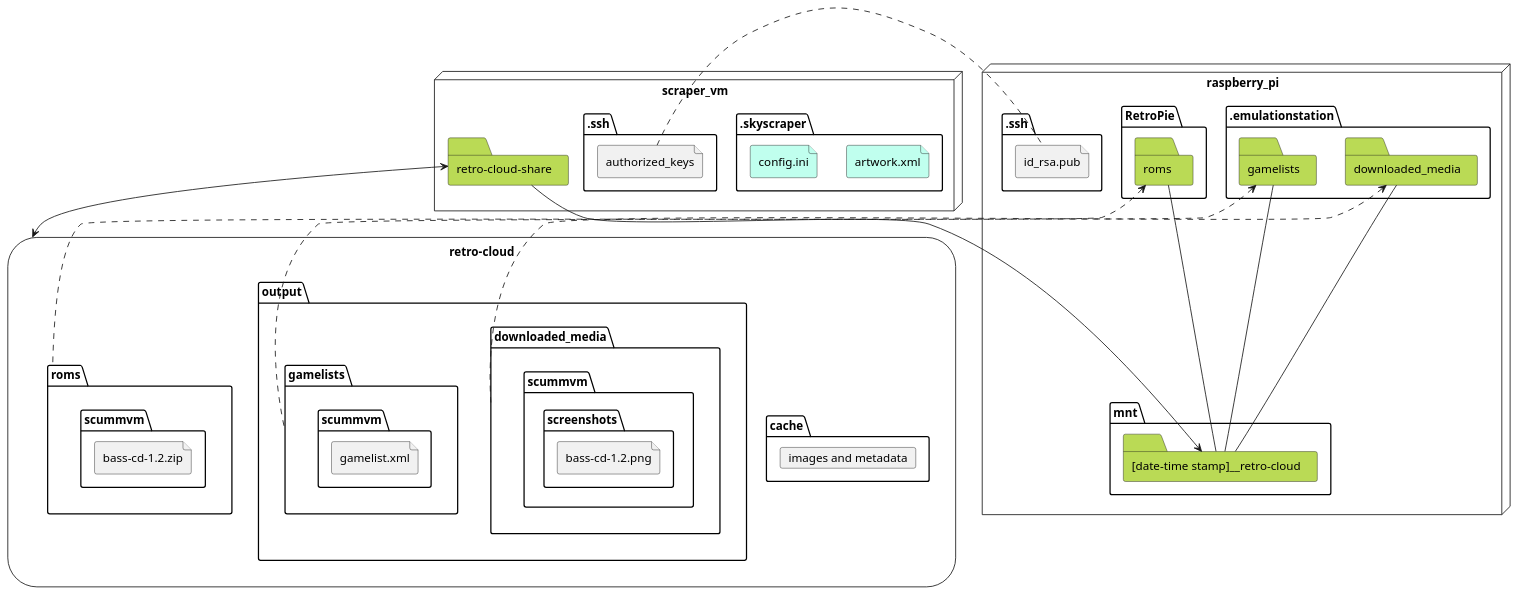
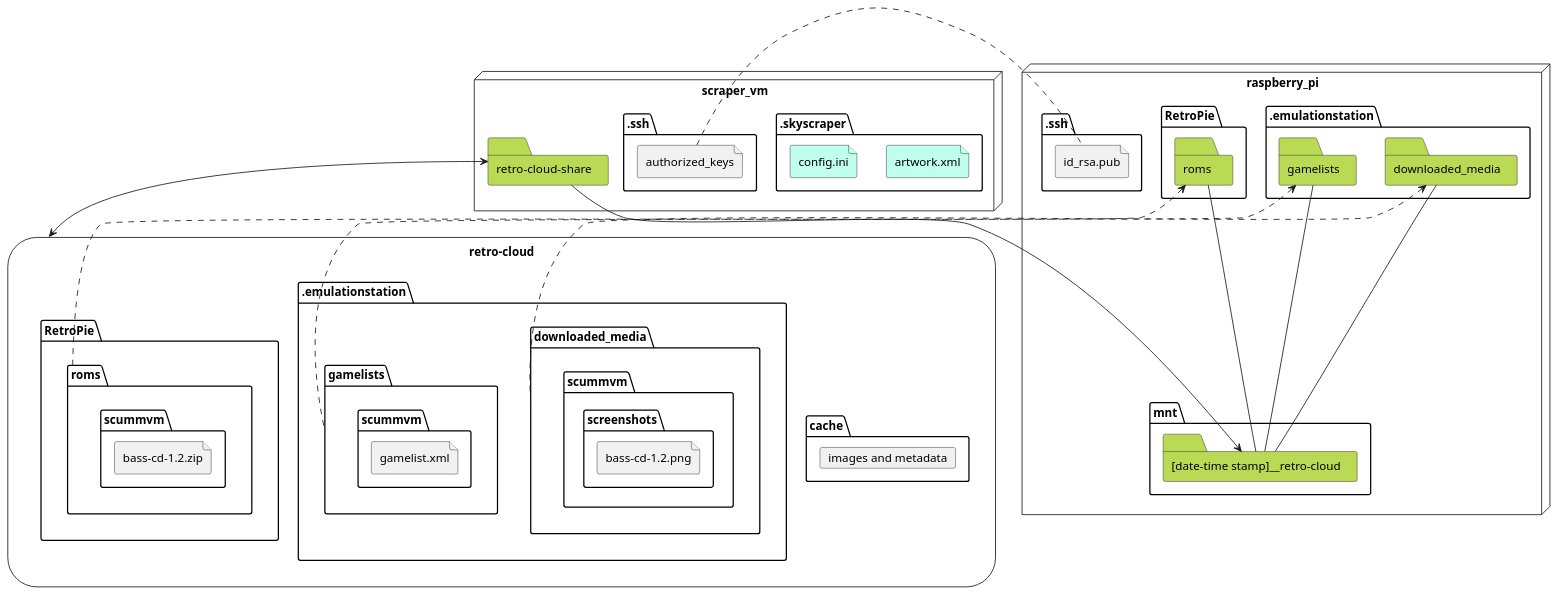
Before and after one commit to seriema/retro-cloud: the diagram in diagrams/filestructure.plantuml, drawn with PlantUML. The commit also changed 1 other file, not shown here.

Commit message:
docs: Include ".emulationstation" in file structure diagram
It was outdated. From when the structure's didn't match between VM and
RPi.

```diff
--- a/diagrams/filestructure.plantuml
+++ b/diagrams/filestructure.plantuml
@@ -1,73 +1,75 @@
 @startuml filestructure
 
 storage "retro-cloud" as scraper_share {
     folder cache {
         card "images and metadata"
     }
-    folder output {
+    folder ".emulationstation" {
         folder downloaded_media as scraper_downloadedmedia {
             folder "scummvm" as scraper_downloadedmedia_scummvm {
                 folder screenshots {
                     file "bass-cd-1.2.png"
                 }
             }
         }
         folder gamelists as scraper_gamelists {
             folder "scummvm" as scraper_gamelists_scummvm {
                 file "gamelist.xml"
             }
         }
     }
-    folder roms as roms_roms {
-        folder "scummvm" as roms_scummvm {
-            file "bass-cd-1.2.zip"
+    folder RetroPie {
+        folder roms as roms_roms {
+            folder "scummvm" as roms_scummvm {
+                file "bass-cd-1.2.zip"
+            }
         }
     }
 }
 
 node raspberry_pi {
     folder ".emulationstation" as raspberrypi_emulationstation {
         folder downloaded_media as raspberrypi_downloaded_media #BADA55
         folder gamelists as raspberrypi_gamelists #BADA55
     }
     folder RetroPie as raspberrpi_retropie {
         folder roms as raspberrypi_roms #BADA55
     }
     folder ".ssh" as raspberrypi_ssh {
         file "id_rsa.pub" as id_rsa
     }
     folder mnt as raspberrypi_mount {
         folder "[date-time stamp]__retro-cloud" as raspberrypi_scrapervm #BADA55
     }
 }
 
 node scraper_vm {
     folder ".skyscraper" as scrapervm_skyscraper {
         file "artwork.xml" as scrapervm_artwork #C0FFEE
         file "config.ini" as scrapervm_config #C0FFEE
     }
     folder ".ssh" {
         file authorized_keys
     }
     folder "retro-cloud-share" as scrapervm_mount #BADA55
 }
 
 ' RASPBERRY PI
 ' relation
 authorized_keys .. id_rsa
 ' mounts
 raspberrypi_scrapervm <-- scrapervm_mount
 ' symlinks
 raspberrypi_gamelists -- raspberrypi_scrapervm
 raspberrypi_downloaded_media -- raspberrypi_scrapervm
 raspberrypi_roms -- raspberrypi_scrapervm
 ' actual dependencies
 raspberrypi_gamelists <.. scraper_gamelists
 raspberrypi_downloaded_media <.. scraper_downloadedmedia
 raspberrypi_roms <.. roms_roms
 
 ' SCRAPER VM
 ' mounts
 scrapervm_mount <--> scraper_share
 
 @enduml
```
